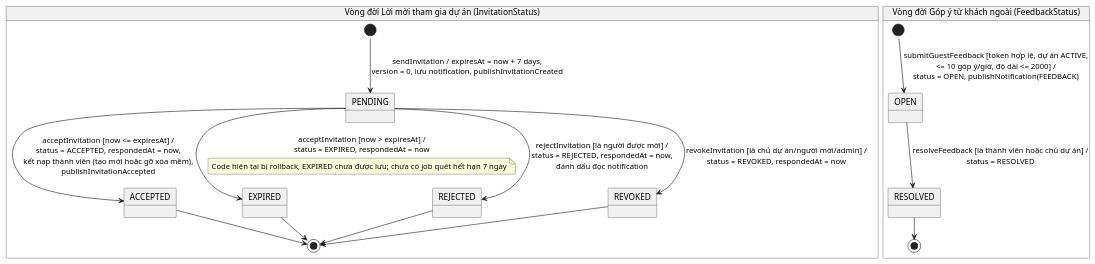
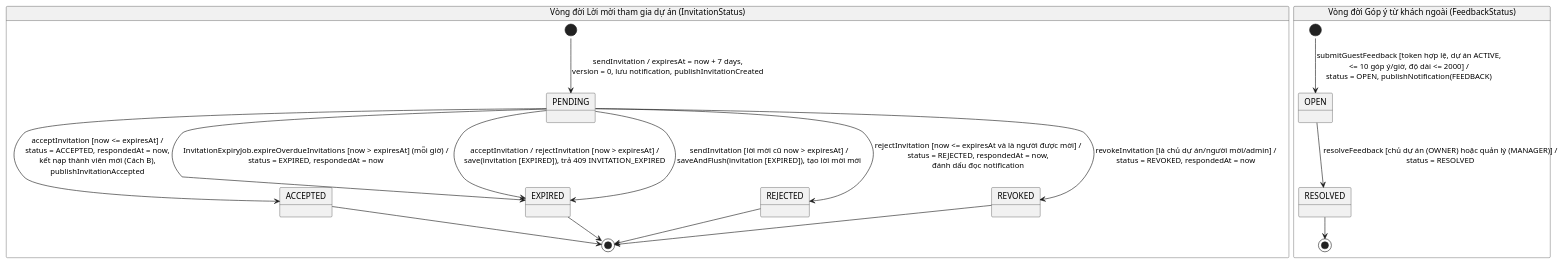
Before and after one commit to ThanhThien-coder/Workflow-Pipeline-Engine: the diagram in docs/ooad/D-du-an/state-loi-moi.puml, drawn with PlantUML. The commit also changed other lines of this file and 8 other files, not shown here.

```diff
--- a/docs/ooad/D-du-an/state-loi-moi.puml
+++ b/docs/ooad/D-du-an/state-loi-moi.puml
@@ -2,32 +2,35 @@
 @startuml state-loi-moi
 !pragma layout smetana
 skinparam shadowing false
 skinparam roundcorner 4
 
 state "Vòng đời Lời mời tham gia dự án (InvitationStatus)" as InvitationLifecycle {
   [*] --> PENDING : sendInvitation / expiresAt = now + 7 days,\nversion = 0, lưu notification, publishInvitationCreated
 
-  PENDING --> ACCEPTED : acceptInvitation [now <= expiresAt] /\nstatus = ACCEPTED, respondedAt = now,\nkết nạp thành viên (tạo mới hoặc gỡ xóa mềm),\npublishInvitationAccepted
+  PENDING --> ACCEPTED : acceptInvitation [now <= expiresAt] /\nstatus = ACCEPTED, respondedAt = now,\nkết nạp thành viên mới (Cách B),\npublishInvitationAccepted
 
-  PENDING --> EXPIRED : acceptInvitation [now > expiresAt] /\nstatus = EXPIRED, respondedAt = now
-  note on link : Code hiện tại bị rollback, EXPIRED chưa được lưu; chưa có job quét hết hạn 7 ngày
+  PENDING --> EXPIRED : InvitationExpiryJob.expireOverdueInvitations [now > expiresAt] (mỗi giờ) /\nstatus = EXPIRED, respondedAt = now
 
-  PENDING --> REJECTED : rejectInvitation [là người được mời] /\nstatus = REJECTED, respondedAt = now,\nđánh dấu đọc notification
+  PENDING --> EXPIRED : acceptInvitation / rejectInvitation [now > expiresAt] /\nsave(invitation [EXPIRED]), trả 409 INVITATION_EXPIRED
+
+  PENDING --> EXPIRED : sendInvitation [lời mời cũ now > expiresAt] /\nsaveAndFlush(invitation [EXPIRED]), tạo lời mời mới
+
+  PENDING --> REJECTED : rejectInvitation [now <= expiresAt và là người được mời] /\nstatus = REJECTED, respondedAt = now,\nđánh dấu đọc notification
 
   PENDING --> REVOKED : revokeInvitation [là chủ dự án/người mời/admin] /\nstatus = REVOKED, respondedAt = now
 
   ACCEPTED --> [*]
   EXPIRED --> [*]
   REJECTED --> [*]
   REVOKED --> [*]
 }
 
 state "Vòng đời Góp ý từ khách ngoài (FeedbackStatus)" as FeedbackLifecycle {
   [*] --> OPEN : submitGuestFeedback [token hợp lệ, dự án ACTIVE,\n<= 10 góp ý/giờ, độ dài <= 2000] /\nstatus = OPEN, publishNotification(FEEDBACK)
 
-  OPEN --> RESOLVED : resolveFeedback [là thành viên hoặc chủ dự án] /\nstatus = RESOLVED
+  OPEN --> RESOLVED : resolveFeedback [chủ dự án (OWNER) hoặc quản lý (MANAGER)] /\nstatus = RESOLVED
 
   RESOLVED --> [*]
 }
 
 @enduml
```
